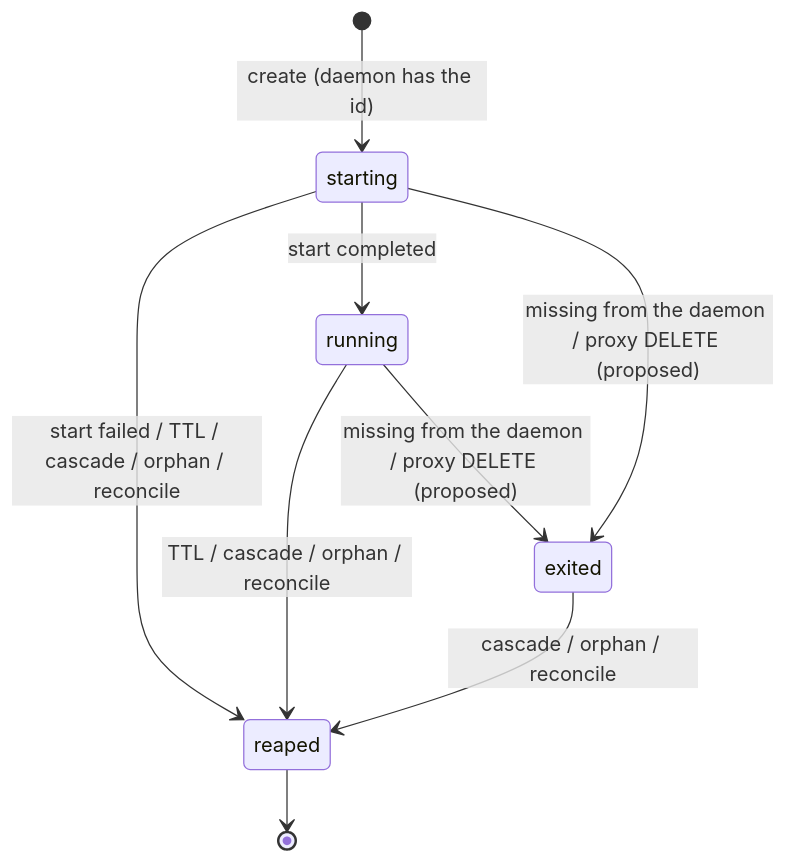
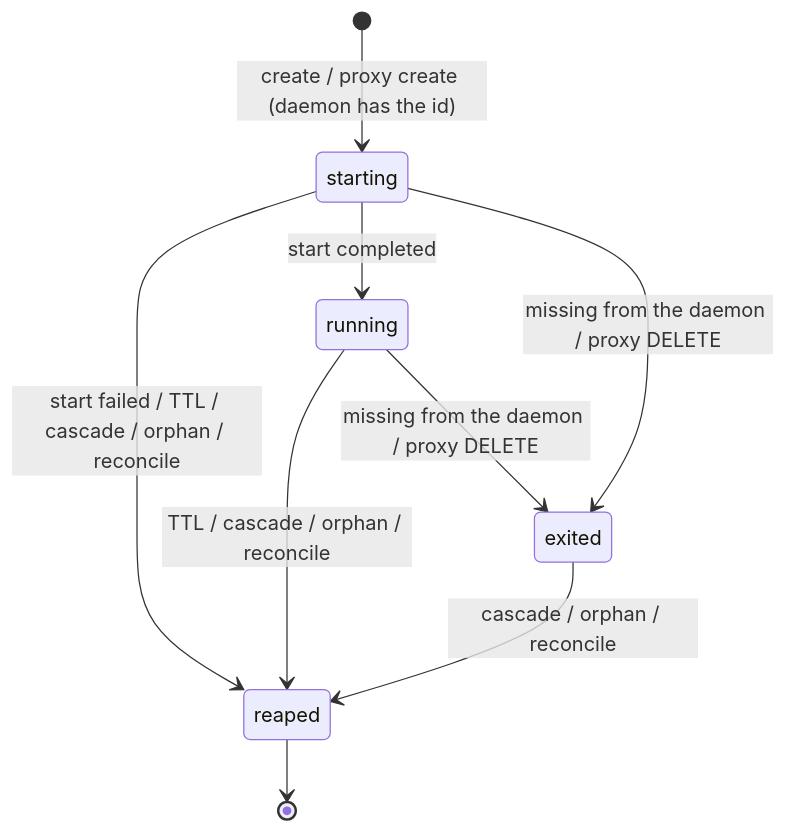
One commit to iskhakovt/cogmo changed the first of 2 diagrams in design/sandbox.md. Above: the diagram before and after it, drawn with Mermaid. The commit also changed other lines of this file and 46 other files, not shown here.

````diff
--- a/design/sandbox.md
+++ b/design/sandbox.md
@@ -680,11 +677,11 @@
 ```mermaid
 stateDiagram-v2
-  [*] --> starting: create (daemon has the id)
+  [*] --> starting: create / proxy create (daemon has the id)
   starting --> running: start completed
   starting --> reaped: start failed / TTL / cascade / orphan / reconcile
   running --> reaped: TTL / cascade / orphan / reconcile
-  running --> exited: missing from the daemon / proxy DELETE (proposed)
-  starting --> exited: missing from the daemon / proxy DELETE (proposed)
+  running --> exited: missing from the daemon / proxy DELETE
+  starting --> exited: missing from the daemon / proxy DELETE
   exited --> reaped: cascade / orphan / reconcile
   reaped --> [*]
 ```
````
